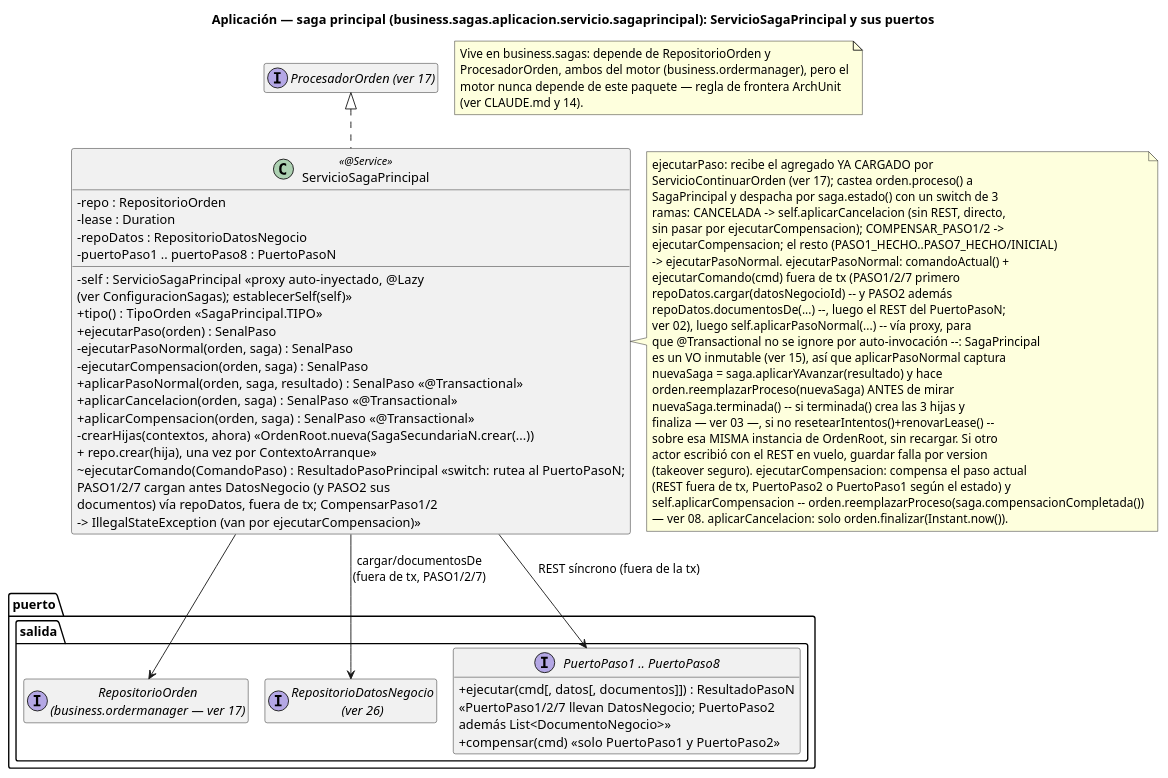
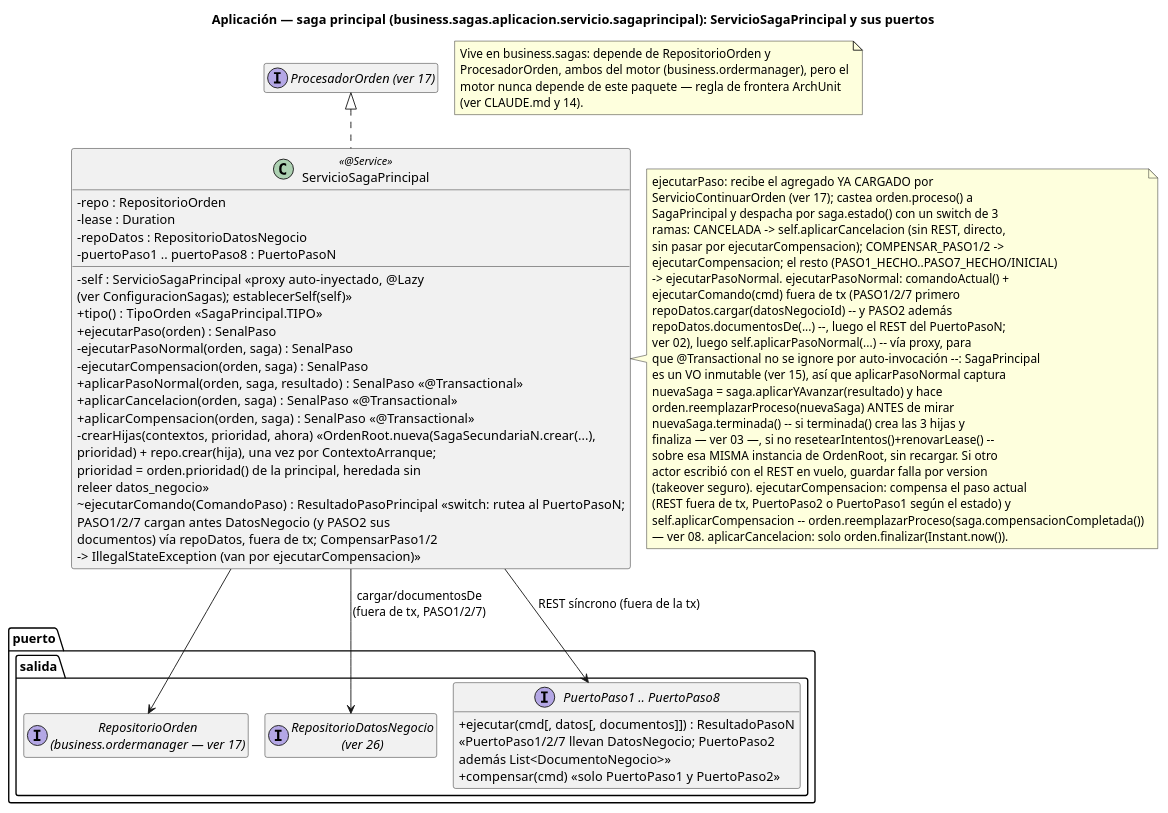
Before and after one commit to ralcazar/patrones: the diagram in order-manager/docs/18-clases-aplicacion-saga-principal.puml, drawn with PlantUML. The commit also changed 35 other files, not shown here.

First line of the commit message:
Prioridad de planificación por datoNegocio3 en la selección de candidatas

```diff
--- a/order-manager/docs/18-clases-aplicacion-saga-principal.puml
+++ b/order-manager/docs/18-clases-aplicacion-saga-principal.puml
@@ -1,71 +1,71 @@
 @startuml 18-clases-aplicacion-saga-principal
 title Aplicación — saga principal (business.sagas.aplicacion.servicio.sagaprincipal): ServicioSagaPrincipal y sus puertos
 !pragma layout smetana
 hide empty members
 skinparam classAttributeIconSize 0
 
 interface "ProcesadorOrden (ver 17)" as Base
 
 class ServicioSagaPrincipal <<@Service>> {
   -repo : RepositorioOrden
   -lease : Duration
   -repoDatos : RepositorioDatosNegocio
   -puertoPaso1 .. puertoPaso8 : PuertoPasoN
   -self : ServicioSagaPrincipal  «proxy auto-inyectado, @Lazy\n(ver ConfiguracionSagas); establecerSelf(self)»
   +tipo() : TipoOrden  «SagaPrincipal.TIPO»
   +ejecutarPaso(orden) : SenalPaso
   -ejecutarPasoNormal(orden, saga) : SenalPaso
   -ejecutarCompensacion(orden, saga) : SenalPaso
   +aplicarPasoNormal(orden, saga, resultado) : SenalPaso  «@Transactional»
   +aplicarCancelacion(orden, saga) : SenalPaso  «@Transactional»
   +aplicarCompensacion(orden, saga) : SenalPaso  «@Transactional»
-  -crearHijas(contextos, ahora)  «OrdenRoot.nueva(SagaSecundariaN.crear(...))\n+ repo.crear(hija), una vez por ContextoArranque»
+  -crearHijas(contextos, prioridad, ahora)  «OrdenRoot.nueva(SagaSecundariaN.crear(...),\nprioridad) + repo.crear(hija), una vez por ContextoArranque;\nprioridad = orden.prioridad() de la principal, heredada sin\nreleer datos_negocio»
   ~ejecutarComando(ComandoPaso) : ResultadoPasoPrincipal  «switch: rutea al PuertoPasoN;\nPASO1/2/7 cargan antes DatosNegocio (y PASO2 sus\ndocumentos) vía repoDatos, fuera de tx; CompensarPaso1/2\n-> IllegalStateException (van por ejecutarCompensacion)»
 }
 note right of ServicioSagaPrincipal
   ejecutarPaso: recibe el agregado YA CARGADO por
   ServicioContinuarOrden (ver 17); castea orden.proceso() a
   SagaPrincipal y despacha por saga.estado() con un switch de 3
   ramas: CANCELADA -> self.aplicarCancelacion (sin REST, directo,
   sin pasar por ejecutarCompensacion); COMPENSAR_PASO1/2 ->
   ejecutarCompensacion; el resto (PASO1_HECHO..PASO7_HECHO/INICIAL)
   -> ejecutarPasoNormal. ejecutarPasoNormal: comandoActual() +
   ejecutarComando(cmd) fuera de tx (PASO1/2/7 primero
   repoDatos.cargar(datosNegocioId) -- y PASO2 además
   repoDatos.documentosDe(...) --, luego el REST del PuertoPasoN;
   ver 02), luego self.aplicarPasoNormal(...) -- vía proxy, para
   que @Transactional no se ignore por auto-invocación --: SagaPrincipal
   es un VO inmutable (ver 15), así que aplicarPasoNormal captura
   nuevaSaga = saga.aplicarYAvanzar(resultado) y hace
   orden.reemplazarProceso(nuevaSaga) ANTES de mirar
   nuevaSaga.terminada() -- si terminada() crea las 3 hijas y
   finaliza — ver 03 —, si no resetearIntentos()+renovarLease() --
   sobre esa MISMA instancia de OrdenRoot, sin recargar. Si otro
   actor escribió con el REST en vuelo, guardar falla por version
   (takeover seguro). ejecutarCompensacion: compensa el paso actual
   (REST fuera de tx, PuertoPaso2 o PuertoPaso1 según el estado) y
   self.aplicarCompensacion -- orden.reemplazarProceso(saga.compensacionCompletada())
   — ver 08. aplicarCancelacion: solo orden.finalizar(Instant.now()).
 end note
 
 package "puerto.salida" {
   interface "RepositorioOrden\n(business.ordermanager — ver 17)" as RepositorioOrden
   interface "RepositorioDatosNegocio\n(ver 26)" as RepositorioDatosNegocio
   interface "PuertoPaso1 .. PuertoPaso8" as PuertosPaso {
     +ejecutar(cmd[, datos[, documentos]]) : ResultadoPasoN\n«PuertoPaso1/2/7 llevan DatosNegocio; PuertoPaso2\nademás List<DocumentoNegocio>»
     +compensar(cmd)  «solo PuertoPaso1 y PuertoPaso2»
   }
 }
 
 Base <|.. ServicioSagaPrincipal
 ServicioSagaPrincipal --> RepositorioOrden
 ServicioSagaPrincipal --> RepositorioDatosNegocio : cargar/documentosDe\n(fuera de tx, PASO1/2/7)
 ServicioSagaPrincipal --> PuertosPaso : REST síncrono (fuera de la tx)
 
 note as NPaquete
   Vive en business.sagas: depende de RepositorioOrden y
   ProcesadorOrden, ambos del motor (business.ordermanager), pero el
   motor nunca depende de este paquete — regla de frontera ArchUnit
   (ver CLAUDE.md y 14).
 end note
 @enduml
```
